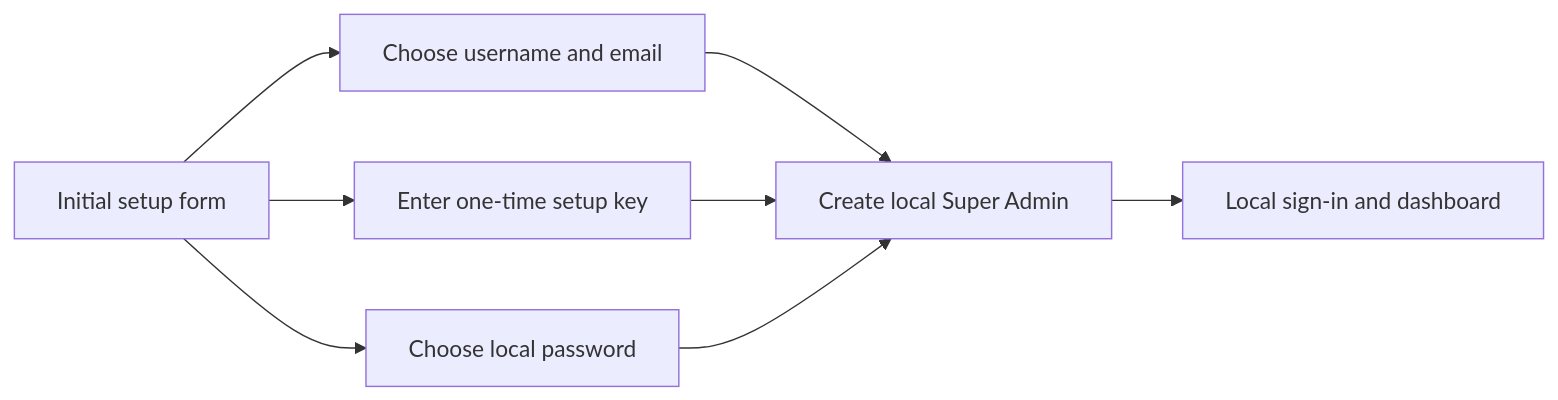
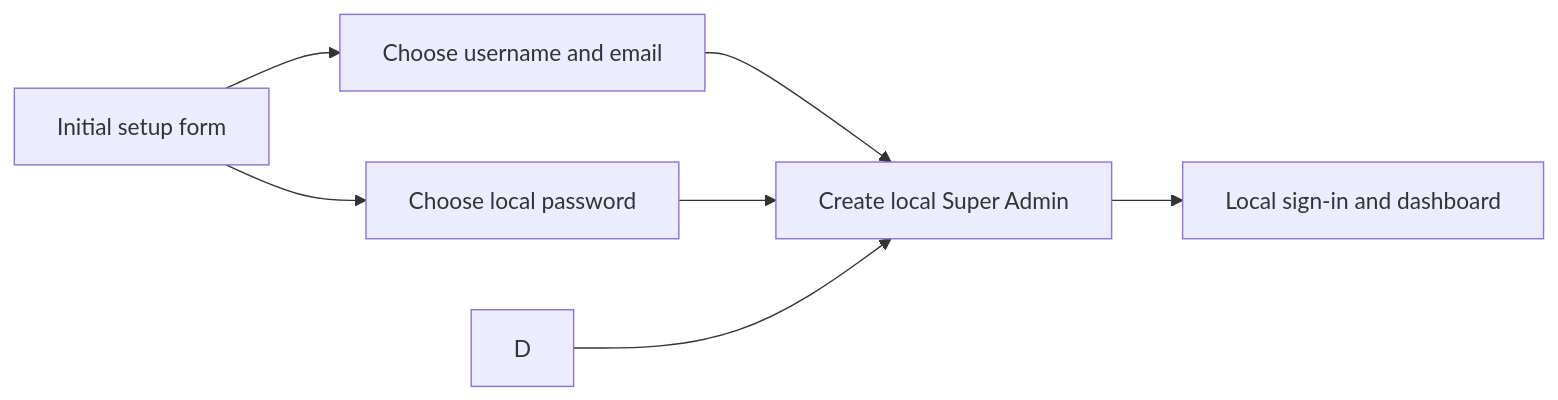
Before and after one commit to AxiumCyber/AxiumCyber-Website: the fourth of 4 diagrams in README.md, drawn with Mermaid. The commit also changed other lines of this file and 3 other files, not shown here.

````diff
--- a/README.md
+++ b/README.md
@@ -143,10 +141,9 @@
 ```mermaid
 flowchart LR
     A[Initial setup form] --> B[Choose username and email]
-    A --> C[Enter one-time setup key]
-    A --> D[Choose local password]
+    A --> C[Choose local password]
     B --> E[Create local Super Admin]
     C --> E
     D --> E
     E --> F[Local sign-in and dashboard]
 ```
````
